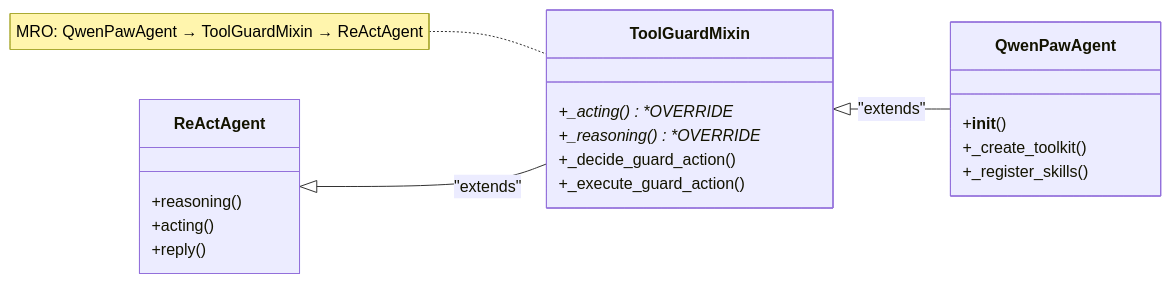
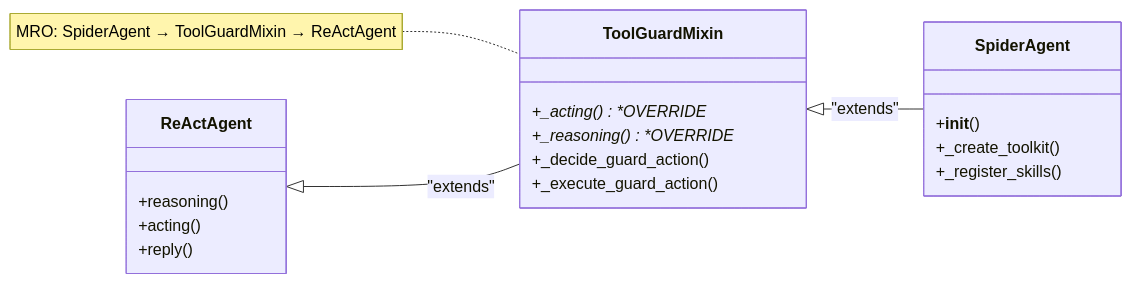
The third of 5 diagrams in docs/14-design-patterns.md (phamdinhdat-ai/SpiderAgents), drawn with Mermaid before and after one commit. The commit also changed other lines of this file and 37 other files, not shown here.

````diff
--- a/docs/14-design-patterns.md
+++ b/docs/14-design-patterns.md
@@ -388,28 +388,28 @@
 ```mermaid
 classDiagram
     direction LR
     
     class ReActAgent {
         +reasoning()
         +acting()
         +reply()
     }
     
     class ToolGuardMixin {
         +_acting() **OVERRIDE**
         +_reasoning() **OVERRIDE**
         +_decide_guard_action()
         +_execute_guard_action()
     }
     
-    class QwenPawAgent {
+    class SpiderAgent {
         +__init__()
         +_create_toolkit()
         +_register_skills()
     }
     
     ReActAgent <|-- ToolGuardMixin : "extends"
-    ToolGuardMixin <|-- QwenPawAgent : "extends"
+    ToolGuardMixin <|-- SpiderAgent : "extends"
     
-    note for ToolGuardMixin "MRO: QwenPawAgent → ToolGuardMixin → ReActAgent"
+    note for ToolGuardMixin "MRO: SpiderAgent → ToolGuardMixin → ReActAgent"
 ```
````
